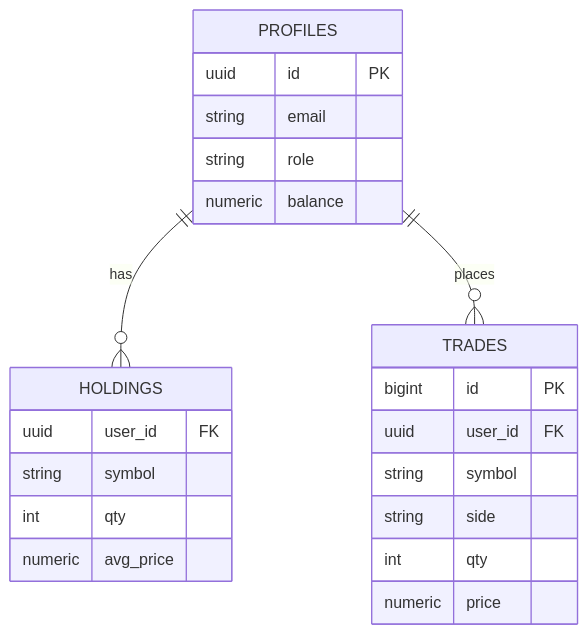
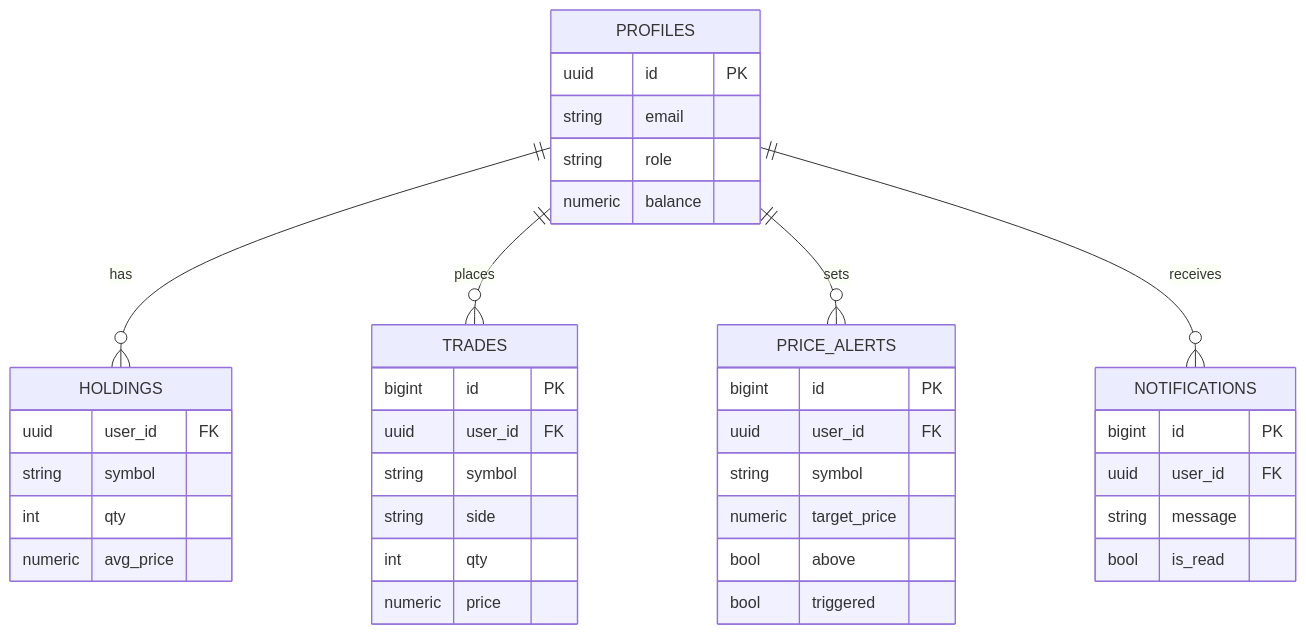
The fourth of 5 diagrams in docs/uml-diagrams.md (dacron18-dev/stockify-real-), drawn with Mermaid before and after one commit. The commit also changed other lines of this file and 13 other files, not shown here.

````diff
--- a/docs/uml-diagrams.md
+++ b/docs/uml-diagrams.md
@@ -44,19 +89,31 @@
 ```mermaid
 erDiagram
   PROFILES ||--o{ HOLDINGS : has
   PROFILES ||--o{ TRADES : places
+  PROFILES ||--o{ PRICE_ALERTS : sets
+  PROFILES ||--o{ NOTIFICATIONS : receives
   PROFILES { uuid id PK
     string email
     string role
     numeric balance }
   HOLDINGS { uuid user_id FK
     string symbol
     int qty
     numeric avg_price }
   TRADES { bigint id PK
     uuid user_id FK
     string symbol
     string side
     int qty
     numeric price }
+  PRICE_ALERTS { bigint id PK
+    uuid user_id FK
+    string symbol
+    numeric target_price
+    bool above
+    bool triggered }
+  NOTIFICATIONS { bigint id PK
+    uuid user_id FK
+    string message
+    bool is_read }
 ```
````
